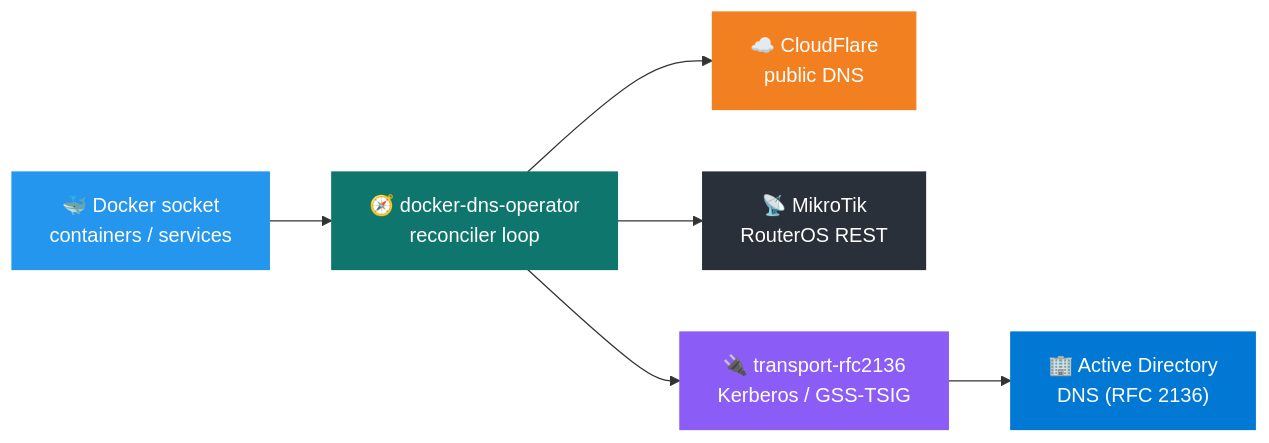
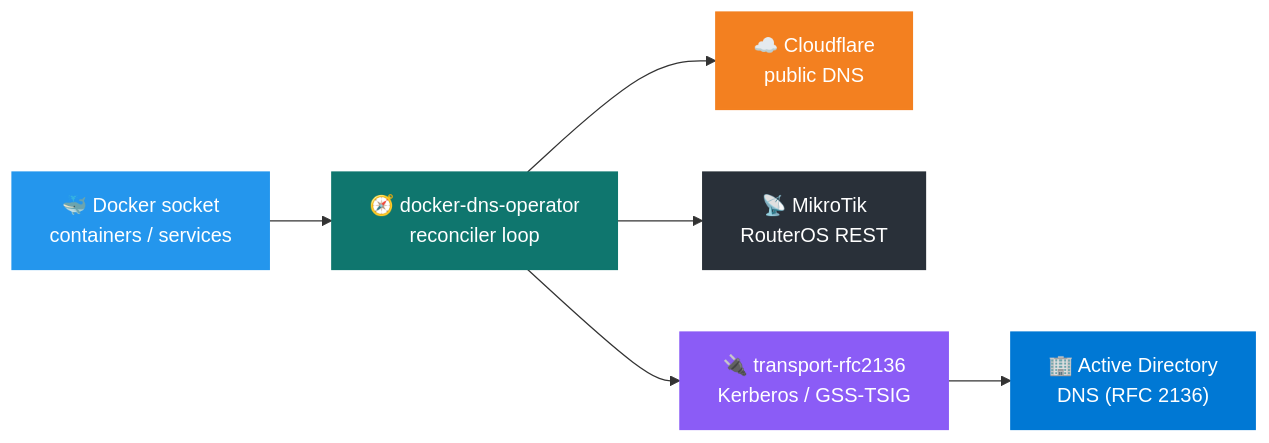
The first of 2 diagrams in README.md (mrkhachaturov/docker-dns-operator), drawn with Mermaid before and after one commit. The commit also changed other lines of this file, not shown here.

````diff
--- a/README.md
+++ b/README.md
@@ -39,16 +39,16 @@
 ```mermaid
 graph LR
     DK["🐳 Docker socket<br/>containers / services"] --> OP["🧭 docker-dns-operator<br/>reconciler loop"]
 
-    OP --> CF["☁️ CloudFlare<br/>public DNS"]
+    OP --> CF["☁️ Cloudflare<br/>public DNS"]
     OP --> MT["📡 MikroTik<br/>RouterOS REST"]
     OP --> TR["🔌 transport-rfc2136<br/>Kerberos / GSS-TSIG"]
     TR --> AD["🏢 Active Directory<br/>DNS (RFC 2136)"]
 
     style DK fill:#2496ed,color:#fff,stroke:#2496ed
     style OP fill:#0f766e,color:#fff,stroke:#0f766e
     style CF fill:#f38020,color:#fff,stroke:#f38020
     style MT fill:#293039,color:#fff,stroke:#293039
     style TR fill:#8b5cf6,color:#fff,stroke:#8b5cf6
     style AD fill:#0078d4,color:#fff,stroke:#0078d4
 ```
````
